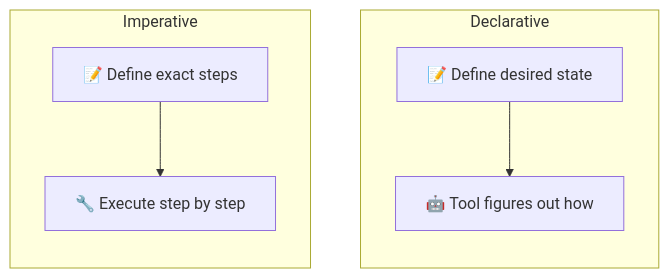
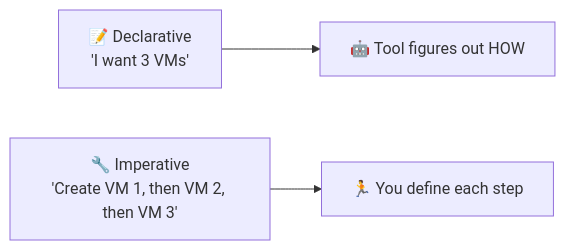
Before and after one commit to inno-devops-labs/DevOps-Core-Course: the fourth of 7 diagrams in lectures/lec4.md, drawn with Mermaid. The commit also changed other lines of this file and 24 other files, not shown here.

````diff
--- a/lectures/lec4.md
+++ b/lectures/lec4.md
@@ -223,15 +127,5 @@
 ```mermaid
-flowchart TD
-  subgraph Declarative
-    direction TD
-    D1[📝 Define desired state]
-    D2[🤖 Tool figures out how]
-    D1 --> D2
-  end
-  subgraph Imperative
-    direction TD
-    I1[📝 Define exact steps]
-    I2[🔧 Execute step by step]
-    I1 --> I2
-  end
+flowchart LR
+  Decl[📝 Declarative<br/>'I want 3 VMs'] --> Tool1[🤖 Tool figures out HOW]
+  Imp[🔧 Imperative<br/>'Create VM 1, then VM 2, then VM 3'] --> Tool2[🏃 You define each step]
 ```
````
